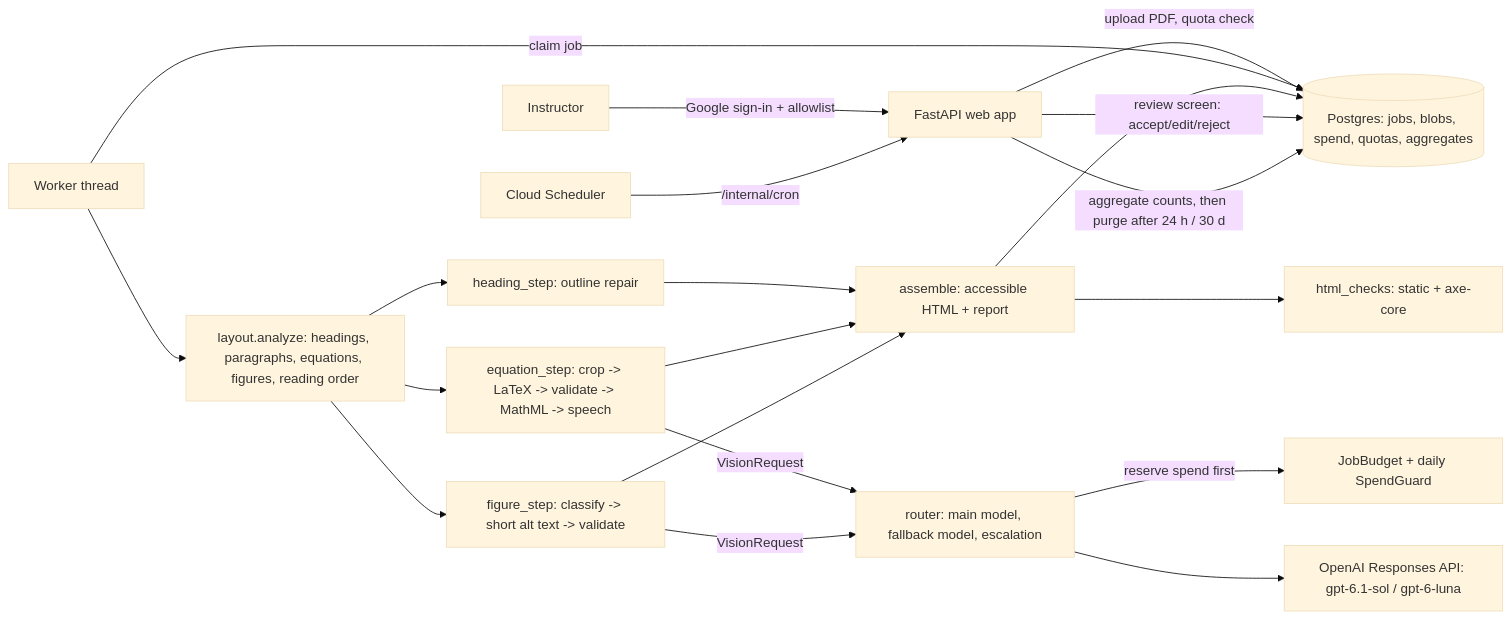
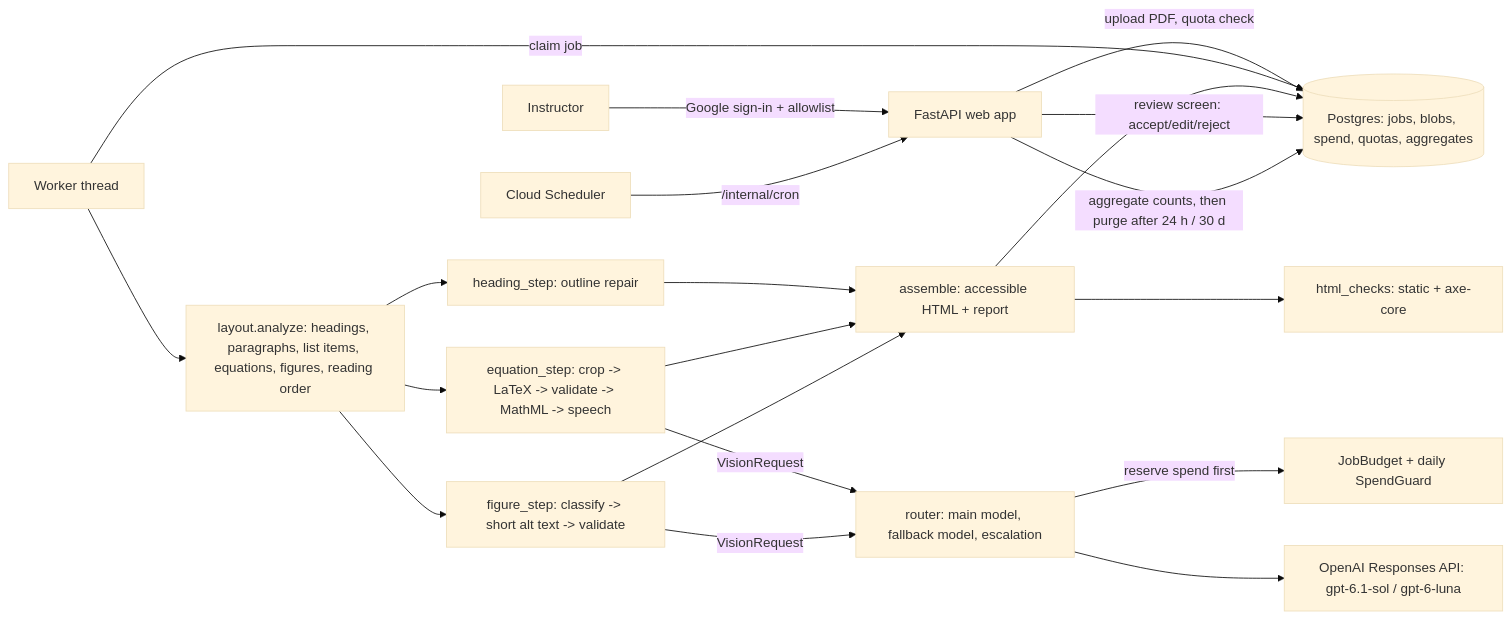
The diagram in docs/design/beta-architecture.md (harishm17/readablestem), drawn with Mermaid (base theme) before and after one commit. The commit also changed other lines of this file and 6 other files, not shown here.

First line of the commit message:
List items as model context and in the CLI summary; convert --concurrency

````diff
--- a/docs/design/beta-architecture.md
+++ b/docs/design/beta-architecture.md
@@ -20,19 +22,19 @@
 ```mermaid
 flowchart LR
   U[Instructor] -->|Google sign-in + allowlist| W[FastAPI web app]
   W -->|upload PDF, quota check| DB[(Postgres: jobs, blobs, spend, quotas, aggregates)]
   WK[Worker thread] -->|claim job| DB
-  WK --> L[layout.analyze: headings, paragraphs, equations, figures, reading order]
+  WK --> L[layout.analyze: headings, paragraphs, list items, equations, figures, reading order]
   L --> H[heading_step: outline repair]
   L --> E[equation_step: crop -> LaTeX -> validate -> MathML -> speech]
   L --> F[figure_step: classify -> short alt text -> validate]
   E & F -->|VisionRequest| R[router: main model, fallback model, escalation]
   R -->|reserve spend first| B[JobBudget + daily SpendGuard]
   R --> O[OpenAI Responses API: gpt-6.1-sol / gpt-6-luna]
   H & E & F --> A[assemble: accessible HTML + report]
   A --> C[html_checks: static + axe-core]
   A --> DB
   W -->|review screen: accept/edit/reject| DB
   CR[Cloud Scheduler] -->|/internal/cron| W
   W -->|aggregate counts, then purge after 24 h / 30 d| DB
 ```
````
